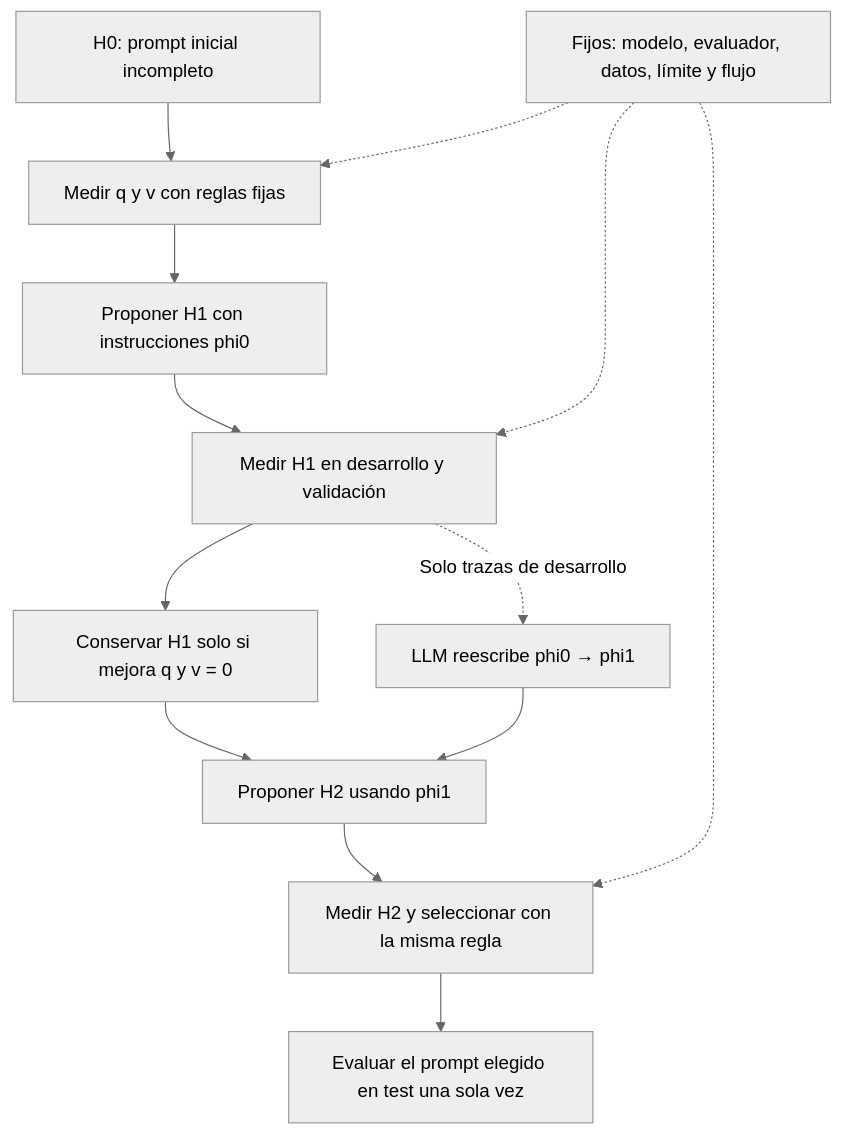
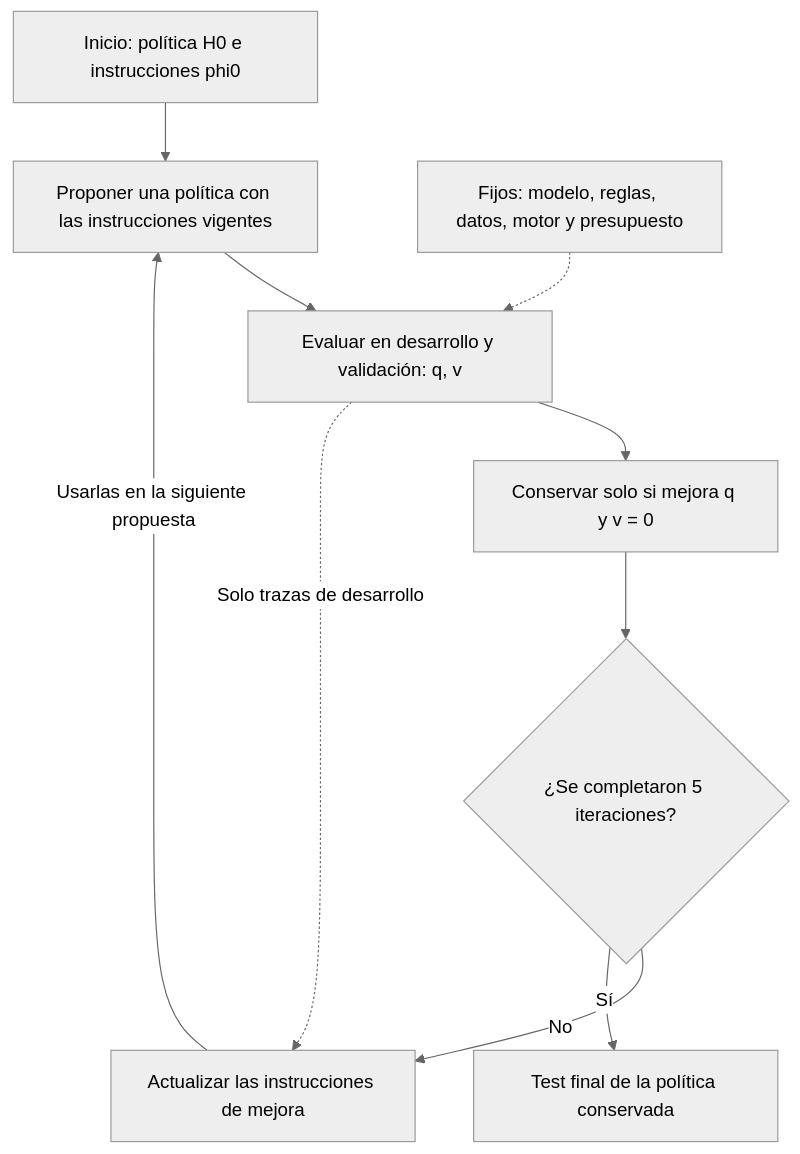
Before and after one commit to jairzinhosantos/thinking-harness: the diagram in research/cases/case-0003-debt-negotiation/diagrams/harness-smoke.mmd, drawn with Mermaid (neutral theme). The commit also changed 13 other files, not shown here.

```diff
--- a/research/cases/case-0003-debt-negotiation/diagrams/harness-smoke.mmd
+++ b/research/cases/case-0003-debt-negotiation/diagrams/harness-smoke.mmd
@@ -1,13 +1,10 @@
 flowchart TD
-    H0["H0: prompt inicial incompleto"] --> E0["Medir q y v con reglas fijas"]
-    E0 --> P1["Proponer H1 con instrucciones phi0"]
-    P1 --> E1["Medir H1 en desarrollo y validación"]
-    E1 --> S1["Conservar H1 solo si mejora q y v = 0"]
-    E1 -. "Solo trazas de desarrollo" .-> U["LLM reescribe phi0 → phi1"]
-    S1 --> P2["Proponer H2 usando phi1"]
-    U --> P2
-    P2 --> E2["Medir H2 y seleccionar con la misma regla"]
-    E2 --> T["Evaluar el prompt elegido en test una sola vez"]
-    C["Fijos: modelo, evaluador, datos, límite y flujo"] -.-> E0
-    C -.-> E1
-    C -.-> E2
+    H0["Inicio: política H0 e instrucciones phi0"] --> P["Proponer una política con las instrucciones vigentes"]
+    P --> E["Evaluar en desarrollo y validación: q, v"]
+    E --> S["Conservar solo si mejora q y v = 0"]
+    S --> C{"¿Se completaron 5 iteraciones?"}
+    C -->|No| U["Actualizar las instrucciones de mejora"]
+    E -. "Solo trazas de desarrollo" .-> U
+    U -->|Usarlas en la siguiente propuesta| P
+    C -->|Sí| T["Test final de la política conservada"]
+    F["Fijos: modelo, reglas, datos, motor y presupuesto"] -.-> E
```
